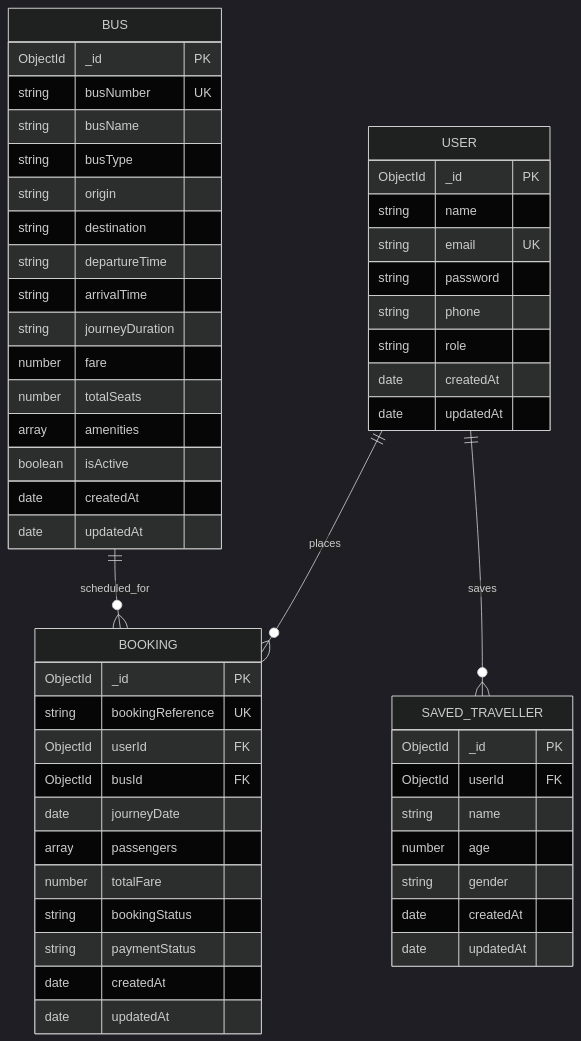
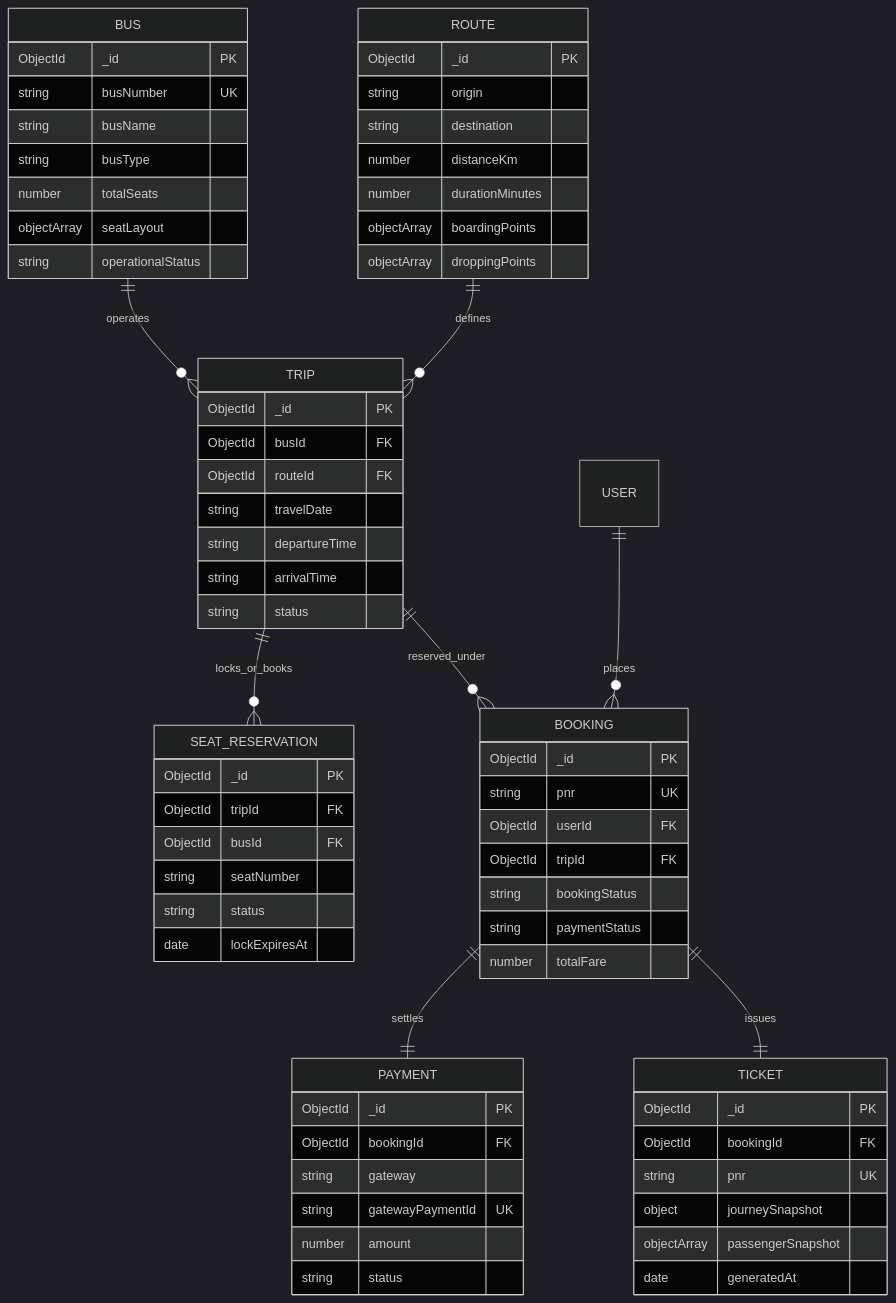
The diagram in docs/DATABASE_SCHEMA.md (dip91314-coder/bus-booking-app), drawn with Mermaid (dark theme) before and after one commit. The commit also changed other lines of this file and 3 other files, not shown here.

Commit message:
docs: update API documentation, database schema, and README for OBTBS (Phase 8)

````diff
--- a/docs/DATABASE_SCHEMA.md
+++ b/docs/DATABASE_SCHEMA.md
@@ -29,59 +29,77 @@
 ```mermaid
 erDiagram
+    BUS ||--o{ TRIP : operates
+    ROUTE ||--o{ TRIP : defines
+    TRIP ||--o{ SEAT_RESERVATION : locks_or_books
+    TRIP ||--o{ BOOKING : reserved_under
     USER ||--o{ BOOKING : places
-    USER ||--o{ SAVED_TRAVELLER : saves
-    BUS ||--o{ BOOKING : scheduled_for
-
-    USER {
-        ObjectId _id PK
-        string name
-        string email UK
-        string password
-        string phone
-        string role
-        date createdAt
-        date updatedAt
-    }
-
-    SAVED_TRAVELLER {
-        ObjectId _id PK
-        ObjectId userId FK
-        string name
-        number age
-        string gender
-        date createdAt
-        date updatedAt
-    }
+    BOOKING ||--|| PAYMENT : settles
+    BOOKING ||--|| TICKET : issues
 
     BUS {
         ObjectId _id PK
         string busNumber UK
         string busName
         string busType
+        number totalSeats
+        objectArray seatLayout
+        string operationalStatus
+    }
+
+    ROUTE {
+        ObjectId _id PK
         string origin
         string destination
+        number distanceKm
+        number durationMinutes
+        objectArray boardingPoints
+        objectArray droppingPoints
+    }
+
+    TRIP {
+        ObjectId _id PK
+        ObjectId busId FK
+        ObjectId routeId FK
+        string travelDate
         string departureTime
         string arrivalTime
-        string journeyDuration
-        number fare
-        number totalSeats
-        array amenities
-        boolean isActive
-        date createdAt
-        date updatedAt
+        string status
+    }
+
+    SEAT_RESERVATION {
+        ObjectId _id PK
+        ObjectId tripId FK
+        ObjectId busId FK
+        string seatNumber
+        string status
+        date lockExpiresAt
     }
 
     BOOKING {
         ObjectId _id PK
-        string bookingReference UK
+        string pnr UK
         ObjectId userId FK
-        ObjectId busId FK
-        date journeyDate
-        array passengers
-        number totalFare
+        ObjectId tripId FK
         string bookingStatus
         string paymentStatus
-        date createdAt
-        date updatedAt
+        number totalFare
+    }
+
+    PAYMENT {
+        ObjectId _id PK
+        ObjectId bookingId FK
+        string gateway
+        string gatewayPaymentId UK
+        number amount
+        string status
+    }
+
+    TICKET {
+        ObjectId _id PK
+        ObjectId bookingId FK
+        string pnr UK
+        object journeySnapshot
+        objectArray passengerSnapshot
+        date generatedAt
     }
 ```
````
